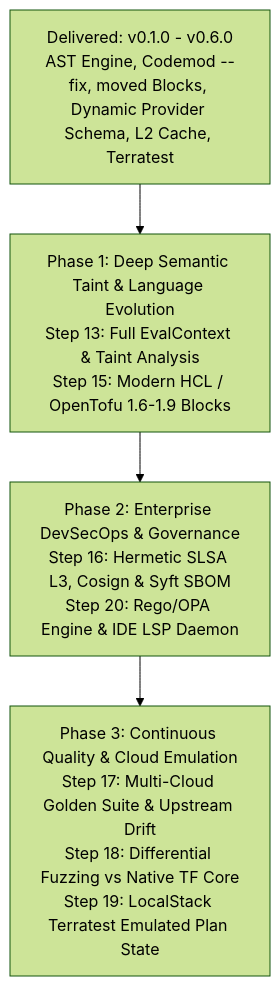
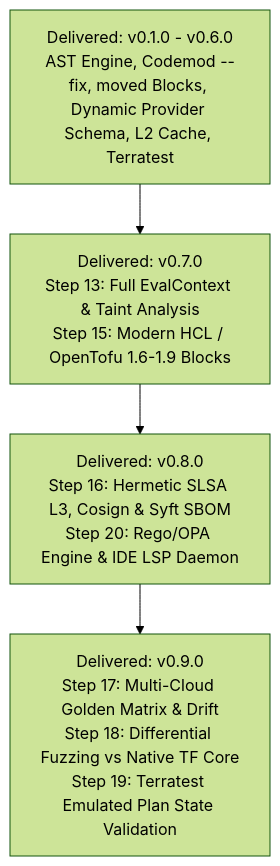
Before and after one commit to 23skdu/terraform_ast: the diagram in docs/ROADMAP.md, drawn with Mermaid (forest theme). The commit also changed other lines of this file and 38 other files, not shown here.

First line of the commit message:
feat: complete all remaining roadmap milestones (v0.7.0 - v0.9.0)

````diff
--- a/docs/ROADMAP.md
+++ b/docs/ROADMAP.md
@@ -9,6 +9,6 @@
 ```mermaid
 flowchart TD
-    A[Delivered: v0.1.0 - v0.6.0\nAST Engine, Codemod --fix, moved Blocks, Dynamic Provider Schema, L2 Cache, Terratest] --> B[Phase 1: Deep Semantic Taint & Language Evolution\nStep 13: Full EvalContext & Taint Analysis\nStep 15: Modern HCL / OpenTofu 1.6-1.9 Blocks]
-    B --> C[Phase 2: Enterprise DevSecOps & Governance\nStep 16: Hermetic SLSA L3, Cosign & Syft SBOM\nStep 20: Rego/OPA Engine & IDE LSP Daemon]
-    C --> D[Phase 3: Continuous Quality & Cloud Emulation\nStep 17: Multi-Cloud Golden Suite & Upstream Drift\nStep 18: Differential Fuzzing vs Native TF Core\nStep 19: LocalStack Terratest Emulated Plan State]
+    A[Delivered: v0.1.0 - v0.6.0\nAST Engine, Codemod --fix, moved Blocks, Dynamic Provider Schema, L2 Cache, Terratest] --> B[Delivered: v0.7.0\nStep 13: Full EvalContext & Taint Analysis\nStep 15: Modern HCL / OpenTofu 1.6-1.9 Blocks]
+    B --> C[Delivered: v0.8.0\nStep 16: Hermetic SLSA L3, Cosign & Syft SBOM\nStep 20: Rego/OPA Engine & IDE LSP Daemon]
+    C --> D[Delivered: v0.9.0\nStep 17: Multi-Cloud Golden Matrix & Drift\nStep 18: Differential Fuzzing vs Native TF Core\nStep 19: Terratest Emulated Plan State Validation]
 ```
````
